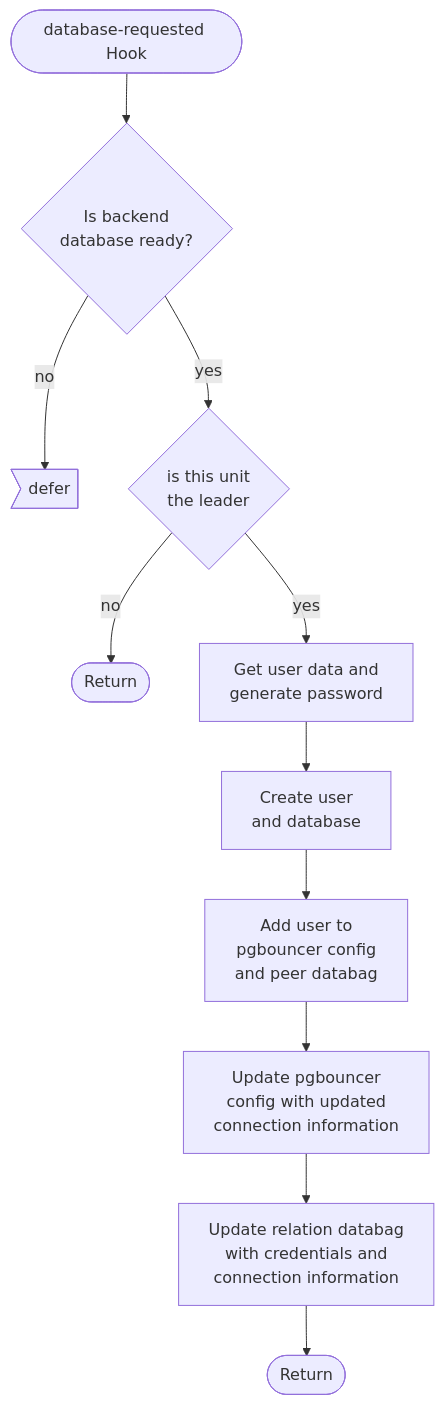
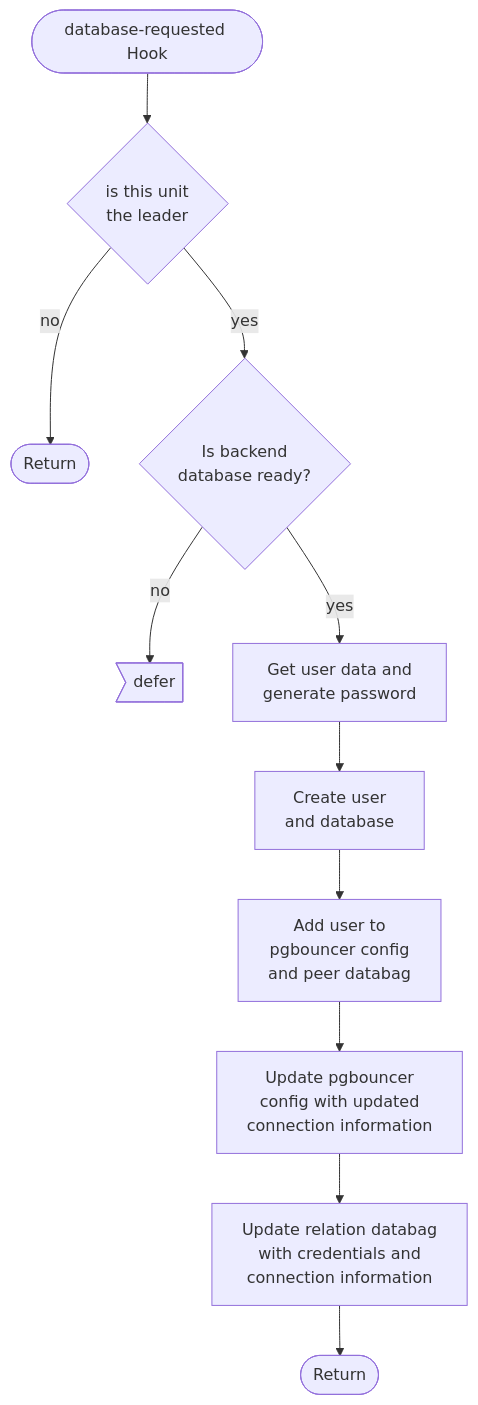
Before and after one commit to canonical/pgbouncer-k8s-operator: the first of 3 diagrams in documentation/reference/relations/database.md, drawn with Mermaid. The commit also changed 1 other file, not shown here.

Commit message:
switched leader and backend check

````diff
--- a/documentation/reference/relations/database.md
+++ b/documentation/reference/relations/database.md
@@ -33,13 +33,13 @@
 ```mermaid
 flowchart TD
-  hook_fired([database-requested Hook]) --> is_backend_ready{Is backend\ndatabase ready?}
+  hook_fired([database-requested Hook]) --> is_leader{is this unit\nthe leader}
+  is_leader -- no --> rtn([Return])
+  is_leader -- yes --> is_backend_ready{Is backend\ndatabase ready?}
   is_backend_ready -- no --> defer>defer]
-  is_backend_ready -- yes --> is_leader{is this unit\nthe leader}
-  is_leader -- no --> rtn([Return])
-  is_leader -- yes --> get_user[Get user data and\ngenerate password]
+  is_backend_ready -- yes --> get_user[Get user data and\ngenerate password]
   get_user --> create_user_and_db[Create user\nand database]
   create_user_and_db --> add_user[Add user to\npgbouncer config\nand peer databag]
   add_user --> update_pg[Update pgbouncer\nconfig with updated\nconnection information]
   update_pg --> update_databag[Update relation databag\nwith credentials and\nconnection information]
   update_databag --> rtn2([Return])
 ```
````
